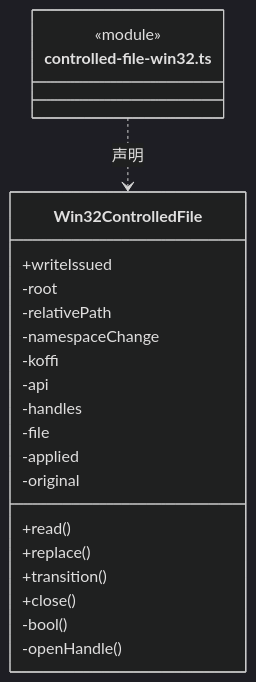
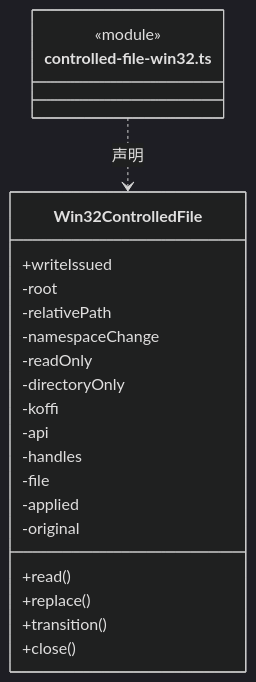
The tenth of 30 diagrams in src/backend/main/platform/ARCHITECTURE.md (nan023062/cbim), drawn with Mermaid (dark theme) before and after one commit. The commit also changed other lines of this file and 58 other files, not shown here.

````diff
--- a/src/backend/main/platform/ARCHITECTURE.md
+++ b/src/backend/main/platform/ARCHITECTURE.md
@@ -260,25 +262,25 @@
 ```mermaid
 classDiagram
 class N_src_backend_main_platform_controlled_file_win32_ts["controlled-file-win32.ts"] {
   <<module>>
 }
 class N_src_backend_main_platform_controlled_file_win32_ts_Win32ControlledFile["Win32ControlledFile"] {
   +writeIssued
   +read()
   +replace()
   +transition()
   +close()
   -root
   -relativePath
   -namespaceChange
+  -readOnly
+  -directoryOnly
   -koffi
   -api
   -handles
   -file
   -applied
   -original
-  -bool()
-  -openHandle()
 }
 N_src_backend_main_platform_controlled_file_win32_ts ..> N_src_backend_main_platform_controlled_file_win32_ts_Win32ControlledFile : 声明
 ```
````
